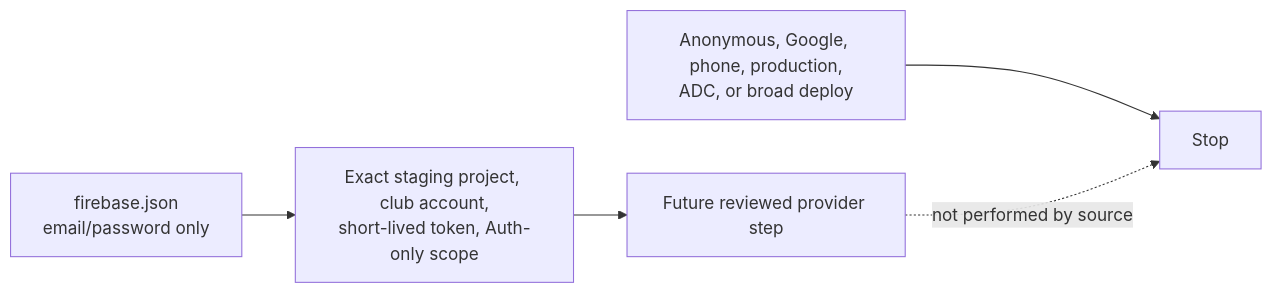
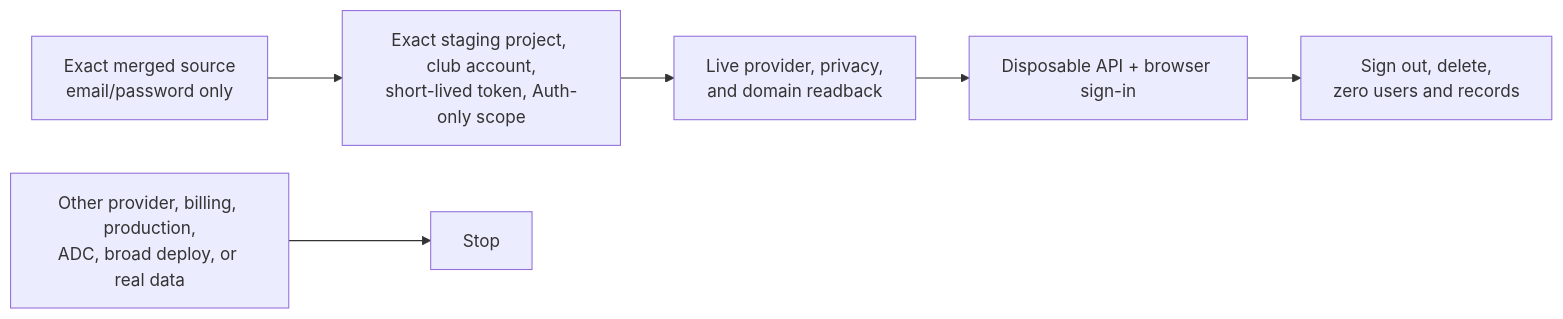
The ninth of 9 diagrams in docs/officers/PUBLISH_AND_CHECK.md (Run-MPRC/Run-MPRC.github.io), drawn with Mermaid before and after one commit. The commit also changed other lines of this file and 9 other files, not shown here.

Commit message:
docs: record staging Auth provider evidence

````diff
--- a/docs/officers/PUBLISH_AND_CHECK.md
+++ b/docs/officers/PUBLISH_AND_CHECK.md
@@ -499,7 +499,8 @@
 ```mermaid
 flowchart LR
-    Source["firebase.json\nemail/password only"] --> Guard["Exact staging project, club account,\nshort-lived token, Auth-only scope"]
-    Guard --> Future["Future reviewed provider step"]
-    Broad["Anonymous, Google, phone, production,\nADC, or broad deploy"] --> Stop["Stop"]
-    Future -. "not performed by source" .-> Stop
+    Source["Exact merged source\nemail/password only"] --> Guard["Exact staging project, club account,\nshort-lived token, Auth-only scope"]
+    Guard --> Live["Live provider, privacy,\nand domain readback"]
+    Live --> Proof["Disposable API + browser sign-in"]
+    Proof --> Empty["Sign out, delete,\nzero users and records"]
+    Broad["Other provider, billing, production,\nADC, broad deploy, or real data"] --> Stop["Stop"]
 ```
````
